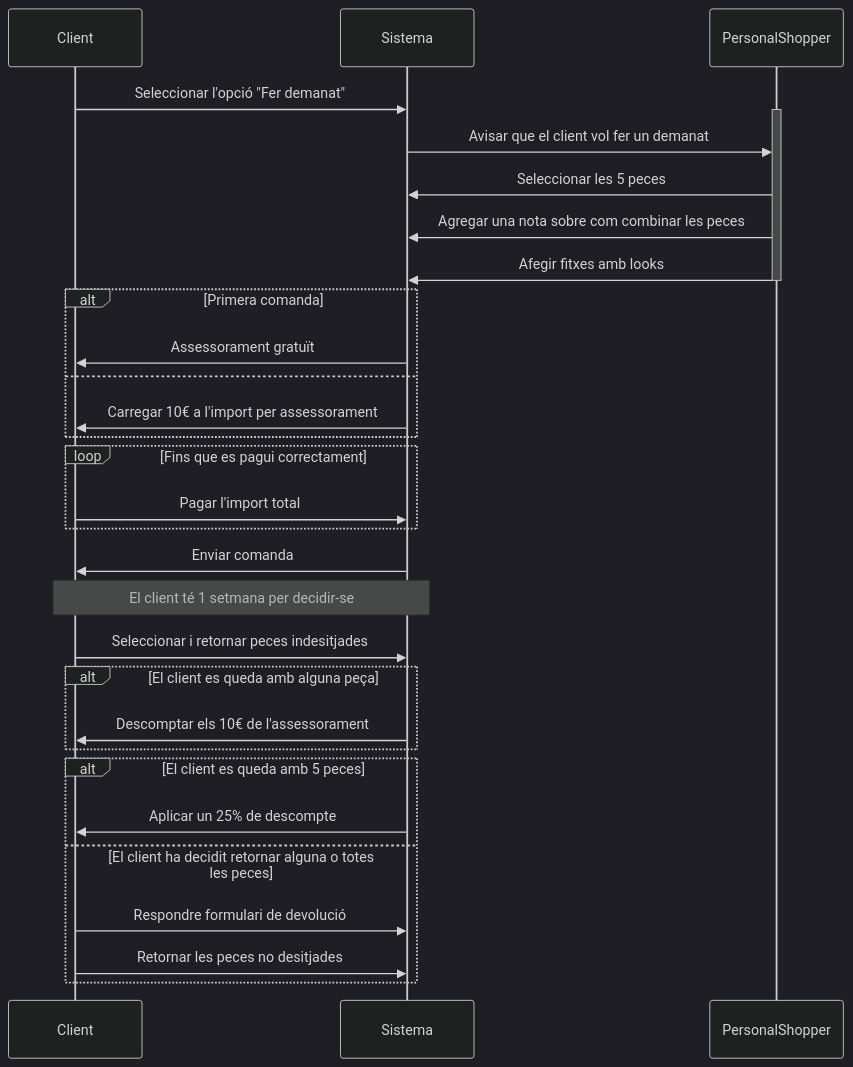
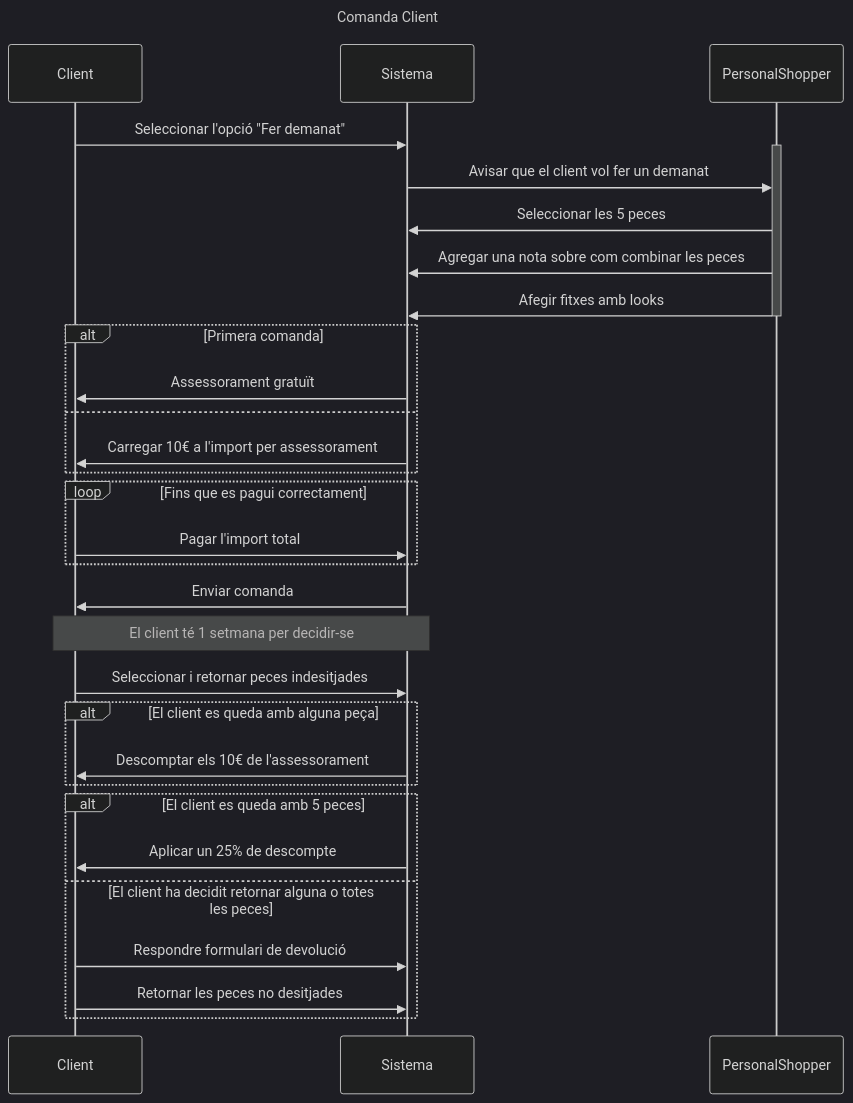
Before and after one commit to NIU1638962/EP_Projecte: the diagram in Exercici 7/Comanda-client.mmd, drawn with Mermaid (dark theme).

```diff
--- a/Exercici 7/Comanda-client.mmd
+++ b/Exercici 7/Comanda-client.mmd
@@ -1,32 +1,35 @@
+---
+title: Comanda Client
+---
 sequenceDiagram
     participant C as Client
     participant S as Sistema
     participant PS as PersonalShopper
     C->>S: Seleccionar l'opció "Fer demanat"
     activate PS
     S->>PS: Avisar que el client vol fer un demanat
     PS->>S: Seleccionar les 5 peces
     PS->>S: Agregar una nota sobre com combinar les peces
     PS->>S: Afegir fitxes amb looks
     deactivate PS
     
     alt Primera comanda
         S->>C: Assessorament gratuït
     else
         S->>C: Carregar 10€ a l'import per assessorament
     end
     loop Fins que es pagui correctament
         C->>S: Pagar l'import total
     end
     S->>C: Enviar comanda
     note over C, S: El client té 1 setmana per decidir-se
     C->>S: Seleccionar i retornar peces indesitjades
     alt El client es queda amb alguna peça
         S->>C: Descomptar els 10€ de l'assessorament
     end
     alt El client es queda amb 5 peces
         S->>C: Aplicar un 25% de descompte
     else El client ha decidit retornar alguna o totes les peces  
         C->>S: Respondre formulari de devolució
         C->>S: Retornar les peces no desitjades
     end
```
